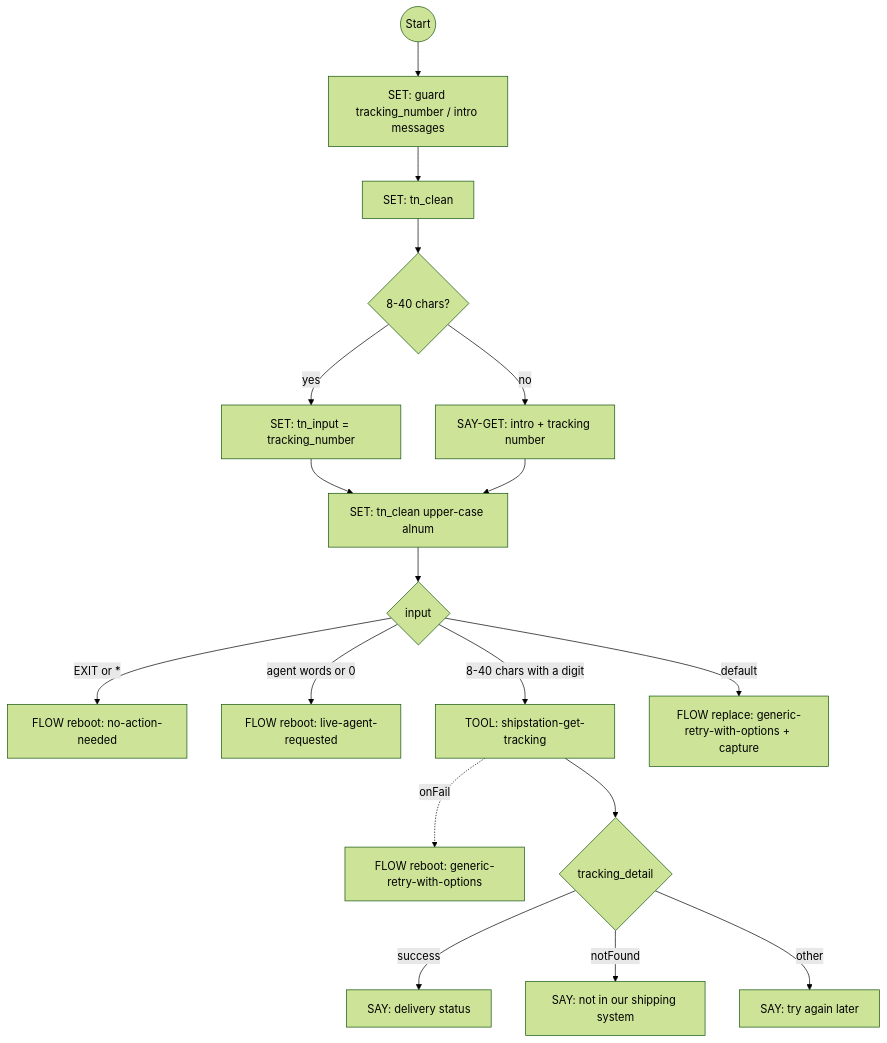
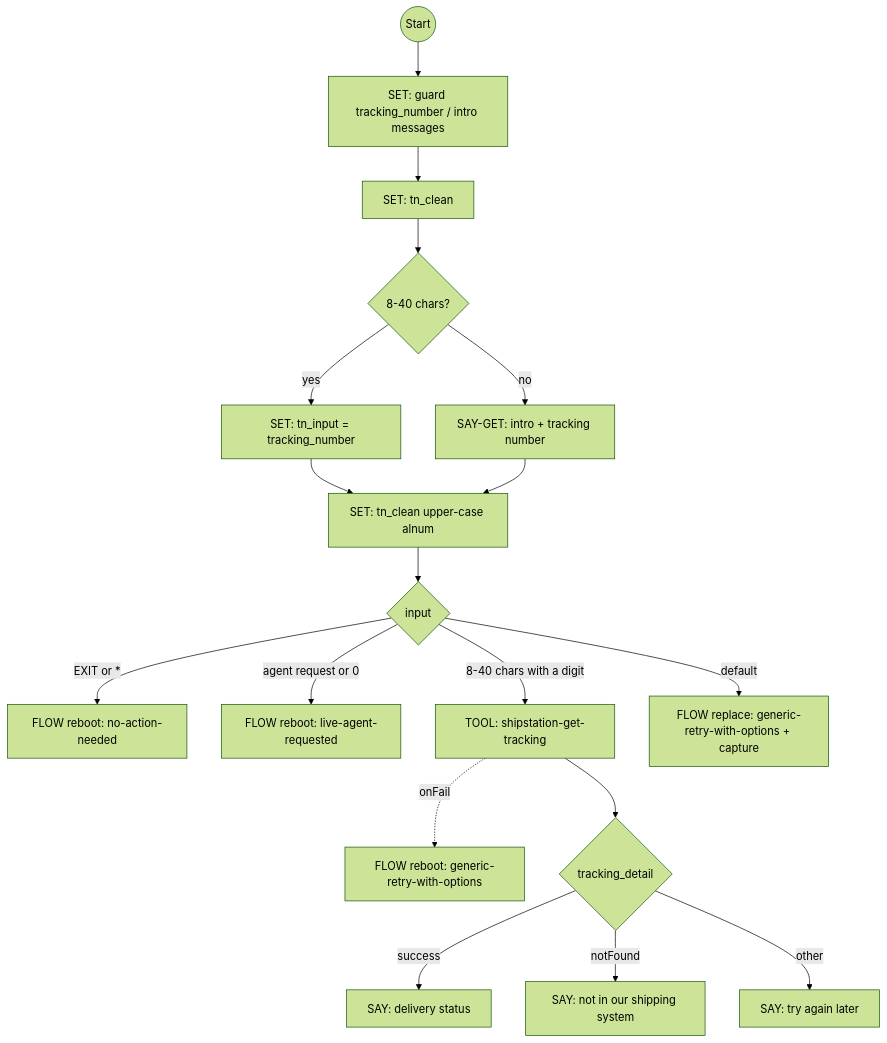
One commit to ronpinkas/jsfe changed the fifth of 6 diagrams in docs/shopify-flows.md. Above: the diagram before and after it, drawn with Mermaid (forest theme). The commit also changed other lines of this file and 1 other file, not shown here.

Commit message:
docs: system and Shopify flow pages on the shared answer vocabulary (isAnswer, isAgentRequest)

````diff
--- a/docs/shopify-flows.md
+++ b/docs/shopify-flows.md
@@ -289,20 +289,20 @@
 ```mermaid
 graph TD
     start((Start)) --> guards[SET: guard tracking_number / intro messages]
     guards --> clean_param[SET: tn_clean]
     clean_param --> has_param{8-40 chars?}
     has_param -->|yes| use_param[SET: tn_input = tracking_number]
     has_param -->|no| ask_tracking_number[SAY-GET: intro + tracking number]
     use_param --> normalize_input[SET: tn_clean upper-case alnum]
     ask_tracking_number --> normalize_input
     normalize_input --> route_input{input}
     route_input -->|EXIT or *| abort_tracking[FLOW reboot: no-action-needed]
-    route_input -->|agent words or 0| goto_live_agent[FLOW reboot: live-agent-requested]
+    route_input -->|agent request or 0| goto_live_agent[FLOW reboot: live-agent-requested]
     route_input -->|8-40 chars with a digit| call_shipstation[TOOL: shipstation-get-tracking]
     route_input -->|default| invalid_tracking_number[FLOW replace: generic-retry-with-options + capture]
     call_shipstation -.->|onFail| lookup_failed[FLOW reboot: generic-retry-with-options]
     call_shipstation --> show_result{tracking_detail}
     show_result -->|success| display_tracking[SAY: delivery status]
     show_result -->|notFound| tracking_not_found[SAY: not in our shipping system]
     show_result -->|other| tracking_error[SAY: try again later]
 ```
````
